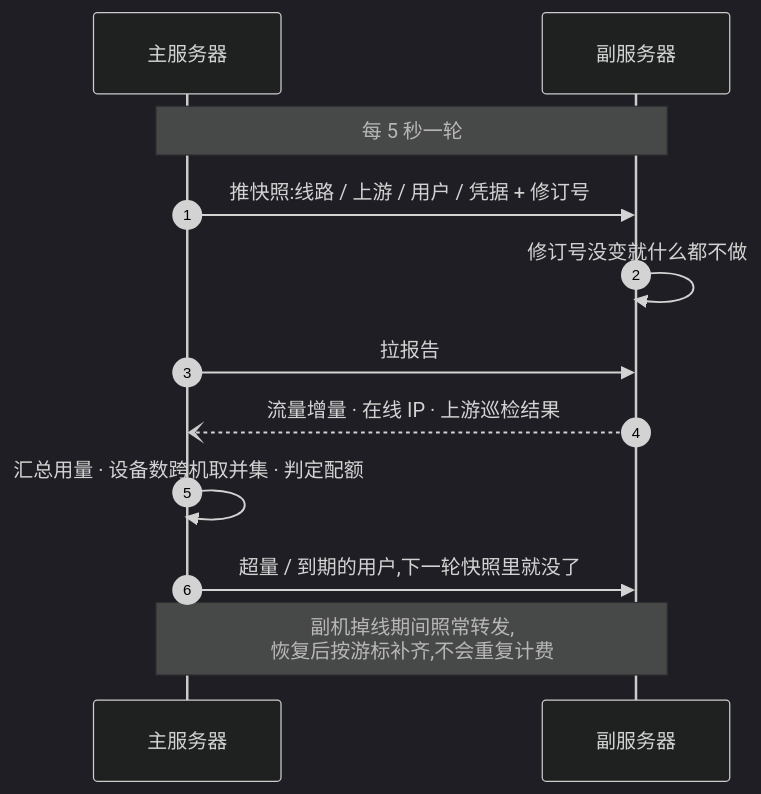
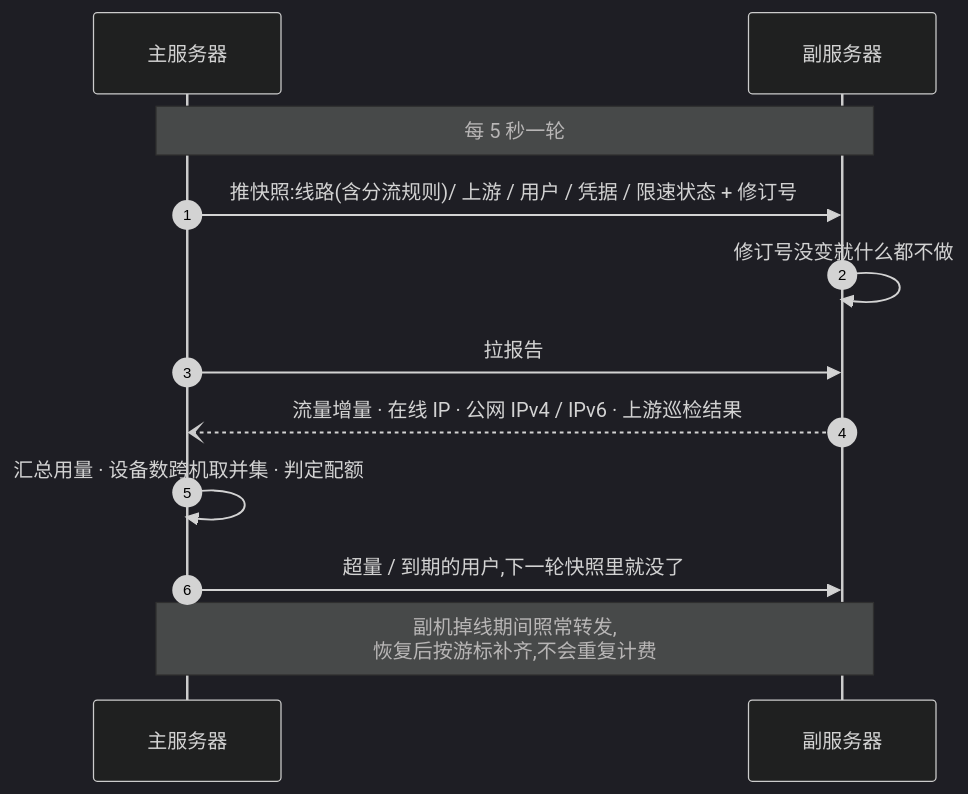
One commit to Maoyangui/m-ui changed the fourth of 5 diagrams in README.md. Above: the diagram before and after it, drawn with Mermaid (dark theme). The commit also changed other lines of this file and 3 other files, not shown here.

Commit message:
文档:架构跟上当前代码 —— 出口与按规则分流、外部服务、主副同步内容(分流规则 / 限速状态 / 公网 IPv4·IPv6)、数据模型(分流规则、服务器地址与地址族、限速规则)、后台节奏补全;站点架构页表格手机上改卡片

````diff
--- a/README.md
+++ b/README.md
@@ -182,15 +184,15 @@
 ```mermaid
 sequenceDiagram
   autonumber
   participant M as 主服务器
   participant N as 副服务器
 
   Note over M,N: 每 5 秒一轮
-  M->>N: 推快照:线路 / 上游 / 用户 / 凭据 + 修订号
+  M->>N: 推快照:线路(含分流规则)/ 上游 / 用户 / 凭据 / 限速状态 + 修订号
   N->>N: 修订号没变就什么都不做
   M->>N: 拉报告
-  N--)M: 流量增量 · 在线 IP · 上游巡检结果
+  N--)M: 流量增量 · 在线 IP · 公网 IPv4 / IPv6 · 上游巡检结果
   M->>M: 汇总用量 · 设备数跨机取并集 · 判定配额
   M->>N: 超量 / 到期的用户,下一轮快照里就没了
   Note over M,N: 副机掉线期间照常转发,<br/>恢复后按游标补齐,不会重复计费
 ```
````
